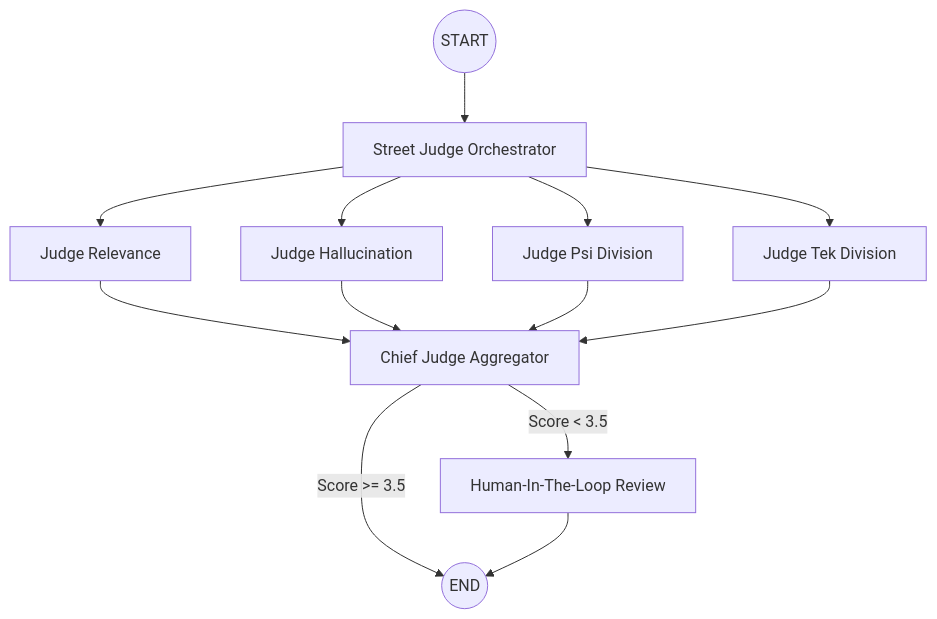
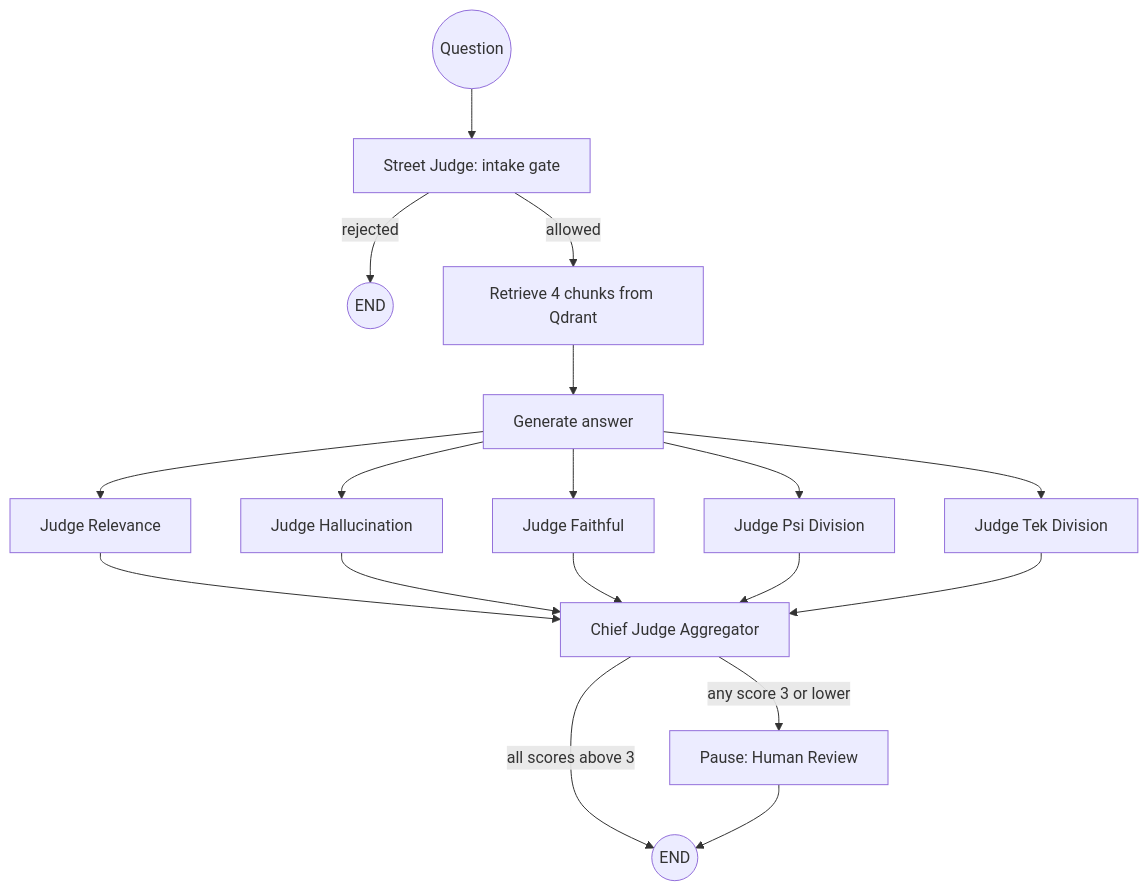
Before and after one commit to iansteffy-droid/JudgeThreadd: the diagram in README.md, drawn with Mermaid. The commit also changed other lines of this file, not shown here.

````diff
--- a/README.md
+++ b/README.md
@@ -61,17 +65,23 @@
 ```mermaid
 graph TD;
-    START((START)) --> Dispatcher[Street Judge Orchestrator];
-    Dispatcher --> R[Judge Relevance];
-    Dispatcher --> H[Judge Hallucination];
-    Dispatcher --> P[Judge Psi Division];
-    Dispatcher --> T[Judge Tek Division];
-    
+    Q((Question)) --> SJ[Street Judge: intake gate];
+    SJ -->|rejected| X((END));
+    SJ -->|allowed| RET[Retrieve 4 chunks from Qdrant];
+    RET --> GEN[Generate answer];
+
+    GEN --> R[Judge Relevance];
+    GEN --> H[Judge Hallucination];
+    GEN --> F[Judge Faithful];
+    GEN --> P[Judge Psi Division];
+    GEN --> T[Judge Tek Division];
+
     R --> Agg[Chief Judge Aggregator];
     H --> Agg;
+    F --> Agg;
     P --> Agg;
     T --> Agg;
-    
-    Agg -->|Score >= 3.5| END((END));
-    Agg -->|Score < 3.5| HITL[Human-In-The-Loop Review];
+
+    Agg -->|all scores above 3| END((END));
+    Agg -->|any score 3 or lower| HITL[Pause: Human Review];
     HITL --> END;
 ```
````
